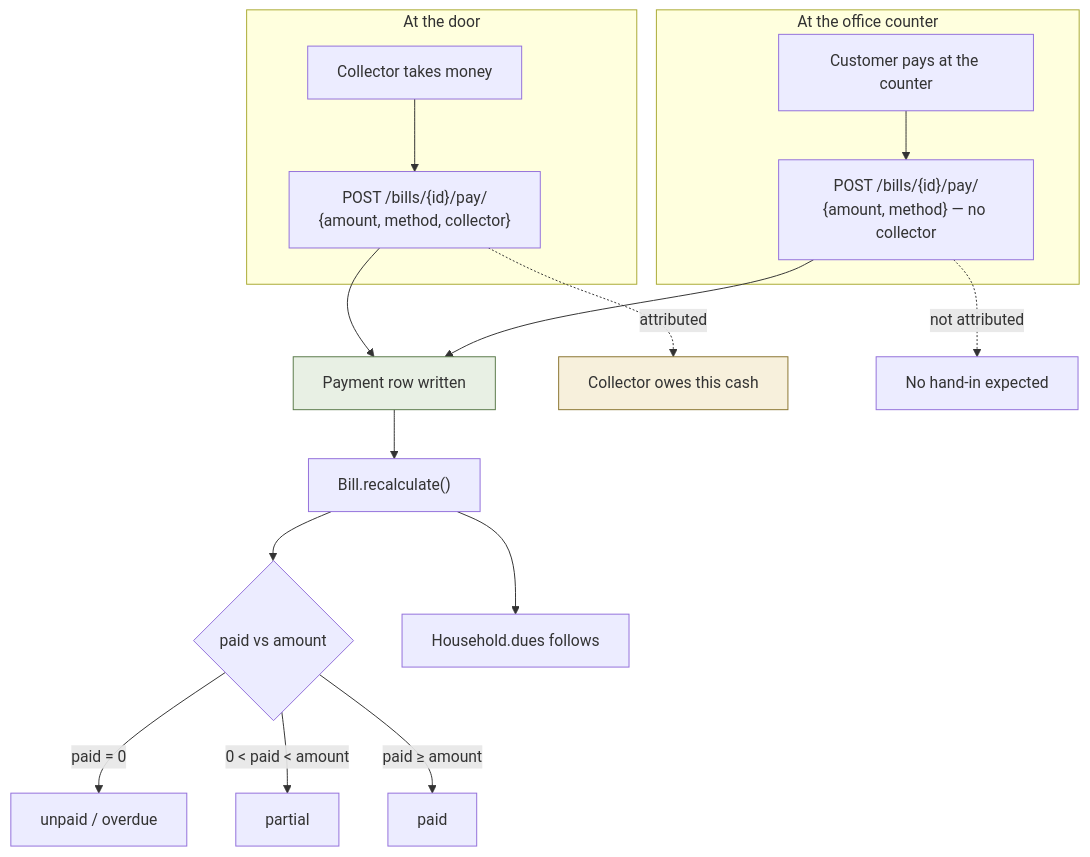
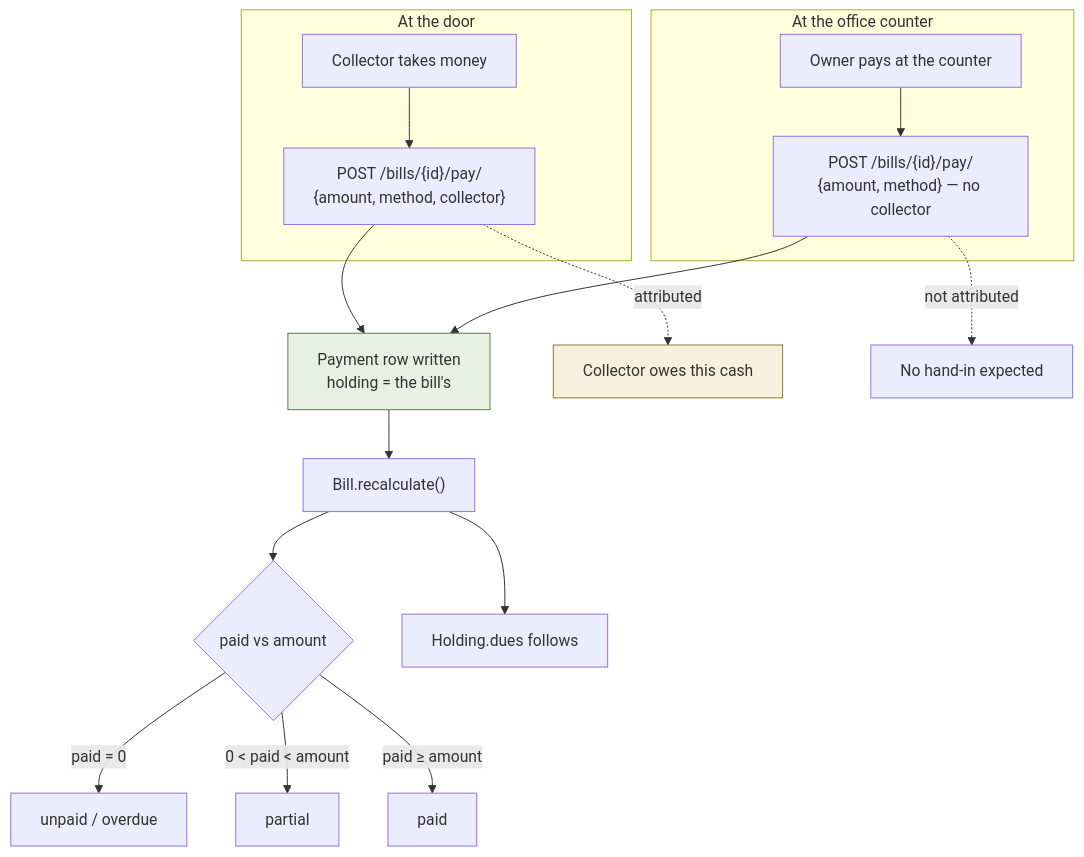
One commit to DataMartBD/Solid-Waste-Management changed diagram 13 of 18 in docs/WORKFLOWS.md. Above: the diagram before and after it, drawn with Mermaid. The commit also changed other lines of this file and 189 other files, not shown here.

````diff
--- a/docs/WORKFLOWS.md
+++ b/docs/WORKFLOWS.md
@@ -414,24 +513,24 @@
 ```mermaid
 flowchart TB
     subgraph Door["At the door"]
         A[Collector takes money] --> B["POST /bills/{id}/pay/<br/>{amount, method, collector}"]
     end
     subgraph Counter["At the office counter"]
-        C[Customer pays at the counter] --> D["POST /bills/{id}/pay/<br/>{amount, method} — no collector"]
+        C[Owner pays at the counter] --> D["POST /bills/{id}/pay/<br/>{amount, method} — no collector"]
     end
 
-    B --> E[Payment row written]
+    B --> E[Payment row written<br/>holding = the bill's]
     D --> E
     E --> F["Bill.recalculate()"]
     F --> G{paid vs amount}
     G -->|paid = 0| H[unpaid / overdue]
     G -->|0 < paid < amount| I[partial]
     G -->|paid ≥ amount| J[paid]
-    F --> K[Household.dues follows]
+    F --> K[Holding.dues follows]
 
     B -.->|attributed| L[Collector owes this cash]
     D -.->|not attributed| M[No hand-in expected]
 
     style E fill:#e8f0e4,stroke:#5a7a4a
     style L fill:#f7f0dc,stroke:#8a7530
 ```
````
